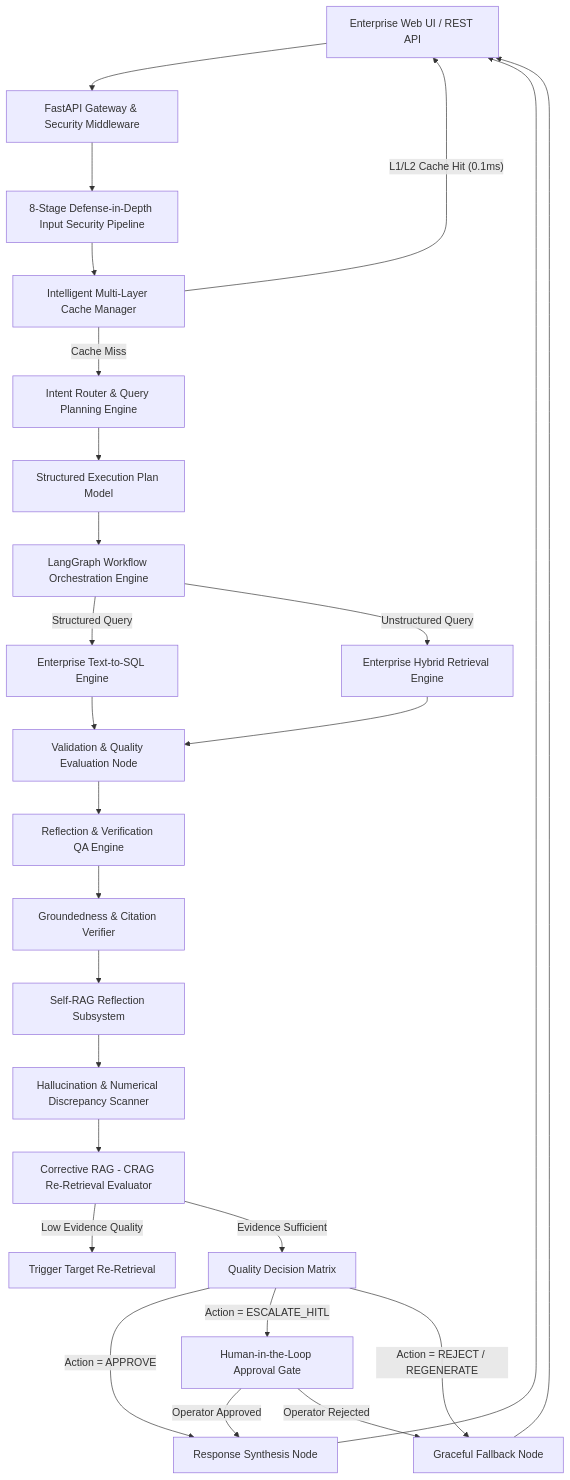
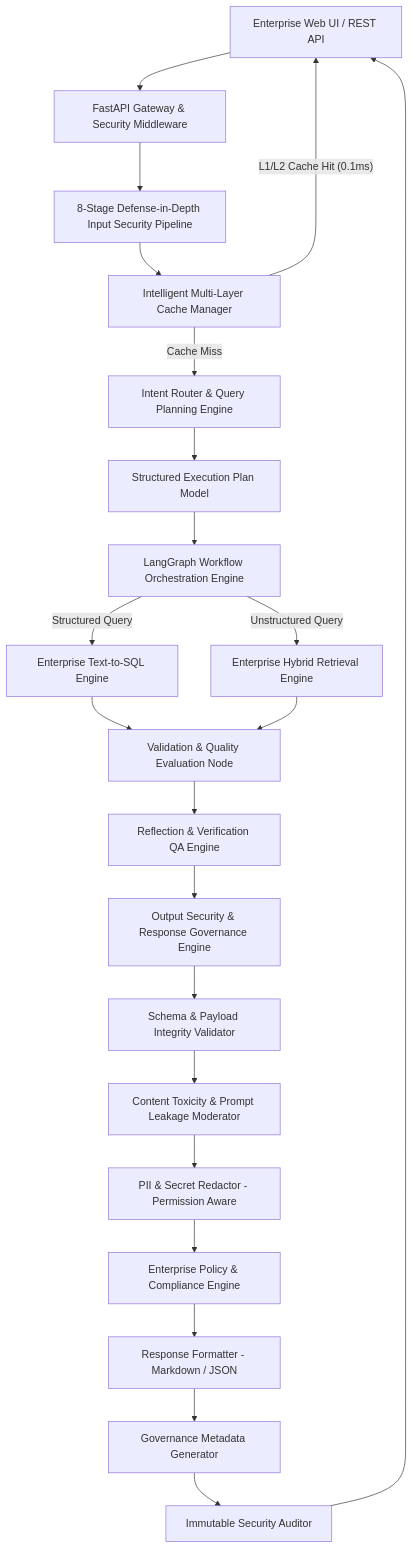
Before and after one commit to sreeram0343/ragtune: the first of 2 diagrams in README.md, drawn with Mermaid. The commit also changed other lines of this file, not shown here.

Commit message:
docs: update README with Output Security & Response Governance Engine architecture, redaction rules, metadata, and diagrams

````diff
--- a/README.md
+++ b/README.md
@@ -47,38 +49,31 @@
 ```mermaid
 graph TD
     Client[Enterprise Web UI / REST API] --> Gateway[FastAPI Gateway & Security Middleware]
     Gateway --> SecurityPipeline[8-Stage Defense-in-Depth Input Security Pipeline]
     SecurityPipeline --> CacheManager[Intelligent Multi-Layer Cache Manager]
     
     CacheManager -- L1/L2 Cache Hit (0.1ms) --> Client
     CacheManager -- Cache Miss --> IntentRouter[Intent Router & Query Planning Engine]
     
     IntentRouter --> ExecPlan[Structured Execution Plan Model]
     ExecPlan --> OrchestrationEngine[LangGraph Workflow Orchestration Engine]
     
     OrchestrationEngine -->|Structured Query| Text2SQL[Enterprise Text-to-SQL Engine]
     OrchestrationEngine -->|Unstructured Query| HybridRetriever[Enterprise Hybrid Retrieval Engine]
     
     Text2SQL --> EvaluationNode[Validation & Quality Evaluation Node]
     HybridRetriever --> EvaluationNode
     
     EvaluationNode --> VerificationEngine[Reflection & Verification QA Engine]
+    VerificationEngine --> OutputGovernance[Output Security & Response Governance Engine]
     
-    VerificationEngine --> GroundingVerifier[Groundedness & Citation Verifier]
-    GroundingVerifier --> SelfRAG[Self-RAG Reflection Subsystem]
-    SelfRAG --> HallucinationDetector[Hallucination & Numerical Discrepancy Scanner]
-    HallucinationDetector --> CRAGEvaluator[Corrective RAG - CRAG Re-Retrieval Evaluator]
+    OutputGovernance --> SchemaValidator[Schema & Payload Integrity Validator]
+    SchemaValidator --> Moderator[Content Toxicity & Prompt Leakage Moderator]
+    Moderator --> PIISecretRedactor[PII & Secret Redactor - Permission Aware]
+    PIISecretRedactor --> PolicyEngine[Enterprise Policy & Compliance Engine]
+    PolicyEngine --> Formatter[Response Formatter - Markdown / JSON]
+    Formatter --> MetadataGen[Governance Metadata Generator]
+    MetadataGen --> AuditLog[Immutable Security Auditor]
     
-    CRAGEvaluator -- Low Evidence Quality --> CRAGTrigger[Trigger Target Re-Retrieval]
-    CRAGEvaluator -- Evidence Sufficient --> DecisionMatrix[Quality Decision Matrix]
-    
-    DecisionMatrix -- Action = APPROVE --> SynthesisNode[Response Synthesis Node]
-    DecisionMatrix -- Action = ESCALATE_HITL --> HITLGate[Human-in-the-Loop Approval Gate]
-    DecisionMatrix -- Action = REJECT / REGENERATE --> FallbackNode[Graceful Fallback Node]
-    
-    HITLGate -- Operator Approved --> SynthesisNode
-    HITLGate -- Operator Rejected --> FallbackNode
-    
-    SynthesisNode --> Client
-    FallbackNode --> Client
+    AuditLog --> Client
 ```
````
